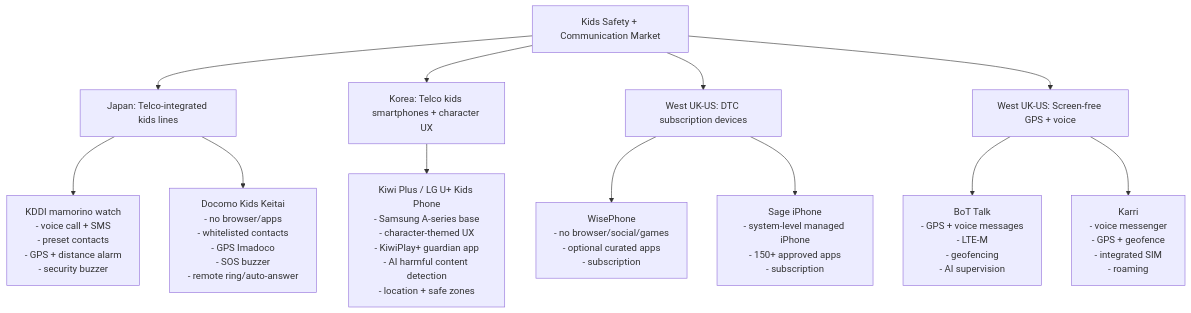
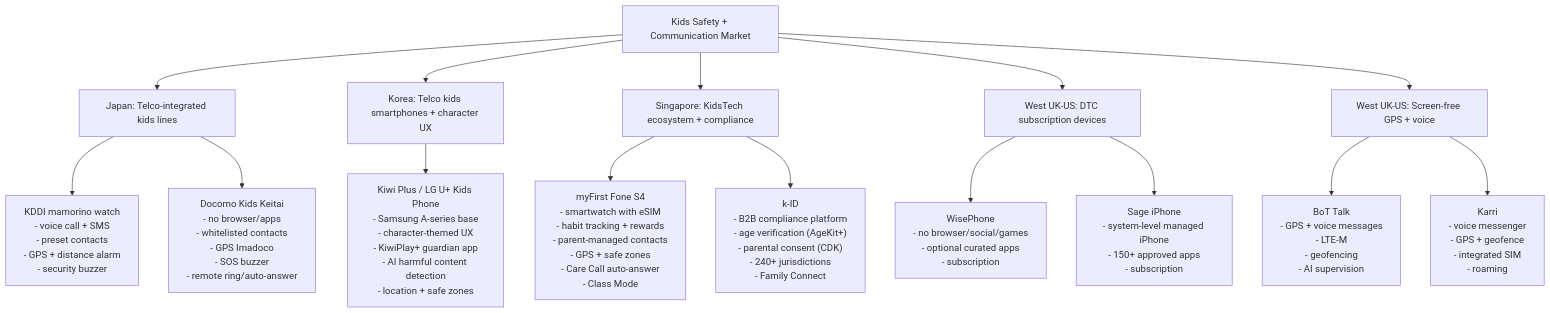
One commit to ragTechDev/futurenet-research changed the first of 3 diagrams in docs/research/market-research/competitor-analysis.md. Above: the diagram before and after it, drawn with Mermaid. The commit also changed other lines of this file and 1 other file, not shown here.

````diff
--- a/docs/research/market-research/competitor-analysis.md
+++ b/docs/research/market-research/competitor-analysis.md
@@ -28,18 +33,22 @@
 ```mermaid
 flowchart TB
   A["Kids Safety + Communication Market"] --> J["Japan: Telco-integrated kids lines"]
   A --> K["Korea: Telco kids smartphones + character UX"]
+  A --> S["Singapore: KidsTech ecosystem + compliance"]
   A --> W["West UK-US: DTC subscription devices"]
   A --> T["West UK-US: Screen-free GPS + voice"]
 
   J --> J1["KDDI mamorino watch<br/>- voice call + SMS<br/>- preset contacts<br/>- GPS + distance alarm<br/>- security buzzer"]
   J --> J2["Docomo Kids Keitai<br/>- no browser/apps<br/>- whitelisted contacts<br/>- GPS Imadoco<br/>- SOS buzzer<br/>- remote ring/auto-answer"]
 
   K --> K1["Kiwi Plus / LG U+ Kids Phone<br/>- Samsung A-series base<br/>- character-themed UX<br/>- KiwiPlay+ guardian app<br/>- AI harmful content detection<br/>- location + safe zones"]
 
+  S --> S1["myFirst Fone S4<br/>- smartwatch with eSIM<br/>- habit tracking + rewards<br/>- parent-managed contacts<br/>- GPS + safe zones<br/>- Care Call auto-answer<br/>- Class Mode"]
+  S --> S2["k-ID<br/>- B2B compliance platform<br/>- age verification (AgeKit+)<br/>- parental consent (CDK)<br/>- 240+ jurisdictions<br/>- Family Connect"]
+
   T --> T1["BoT Talk<br/>- GPS + voice messages<br/>- LTE-M<br/>- geofencing<br/>- AI supervision"]
   T --> T2["Karri<br/>- voice messenger<br/>- GPS + geofence<br/>- integrated SIM<br/>- roaming"]
 
   W --> W1["WisePhone<br/>- no browser/social/games<br/>- optional curated apps<br/>- subscription"]
   W --> W2["Sage iPhone<br/>- system-level managed iPhone<br/>- 150+ approved apps<br/>- subscription"]
 ```
````
